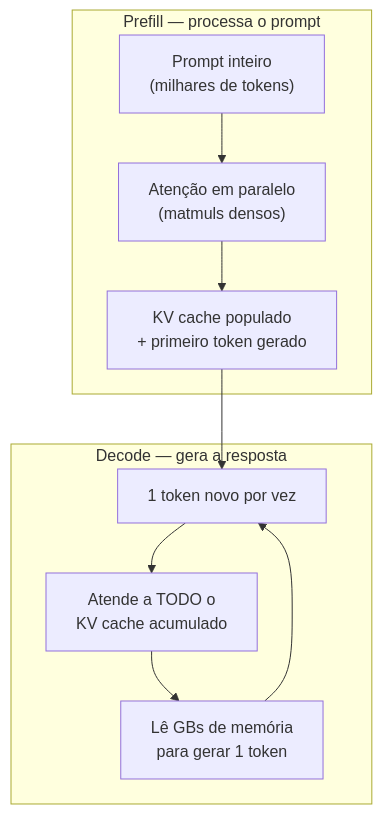
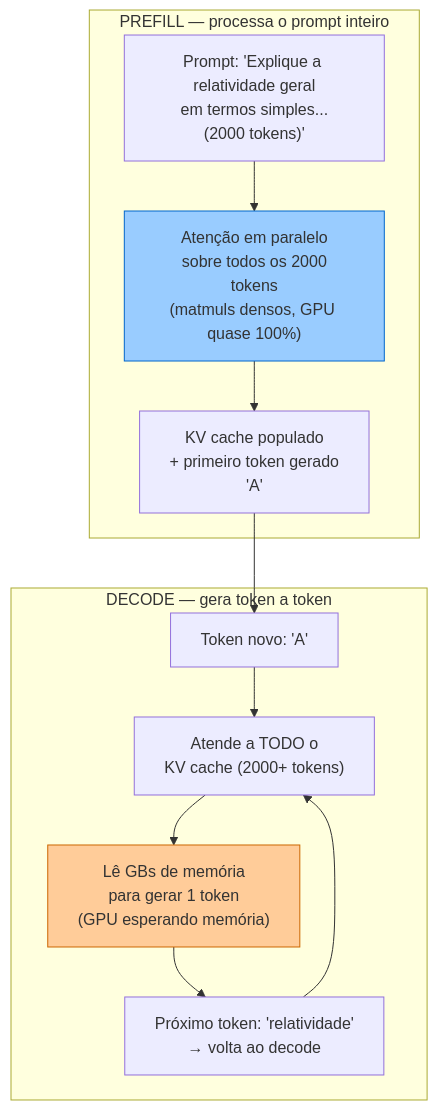
One commit to josenaldo/codex-technomanticus changed the first of 4 diagrams in 03-Dominios/Tecnologia/IA/Anatomia dos LLMs/04a - KV cache, prefill e decode — a física da inferência.md. Above: the diagram before and after it, drawn with Mermaid. The commit also changed other lines of this file and 4 other files, not shown here.

````diff
--- a/03-Dominios/Tecnologia/IA/Anatomia dos LLMs/04a - KV cache, prefill e decode — a física da inferência.md
+++ b/03-Dominios/Tecnologia/IA/Anatomia dos LLMs/04a - KV cache, prefill e decode — a física da inferência.md
@@ -60,13 +60,16 @@
 ```mermaid
 graph TD
-    subgraph "Prefill — processa o prompt"
-        A["Prompt inteiro<br/>(milhares de tokens)"] --> B["Atenção em paralelo<br/>(matmuls densos)"]
-        B --> C["KV cache populado<br/>+ primeiro token gerado"]
+    subgraph "PREFILL — processa o prompt inteiro"
+        A["Prompt: 'Explique a relatividade geral\nem termos simples...\n(2000 tokens)'"] --> B["Atenção em paralelo\n sobre todos os 2000 tokens\n(matmuls densos, GPU quase 100%)"]
+        B --> C["KV cache populado\n+ primeiro token gerado\n'A'"]
     end
-    subgraph "Decode — gera a resposta"
-        D["1 token novo por vez"] --> E["Atende a TODO o<br/>KV cache acumulado"]
-        E --> F["Lê GBs de memória<br/>para gerar 1 token"]
-        F --> D
+    subgraph "DECODE — gera token a token"
+        D["Token novo: 'A'"] --> E["Atende a TODO o\nKV cache (2000+ tokens)"]
+        E --> F["Lê GBs de memória\npara gerar 1 token\n(GPU esperando memória)"]
+        F --> G["Próximo token: 'relatividade'\n→ volta ao decode"]
+        G --> E
     end
     C --> D
+    style B fill:#99ccff,stroke:#0066cc
+    style F fill:#ffcc99,stroke:#cc6600
 ```
````
